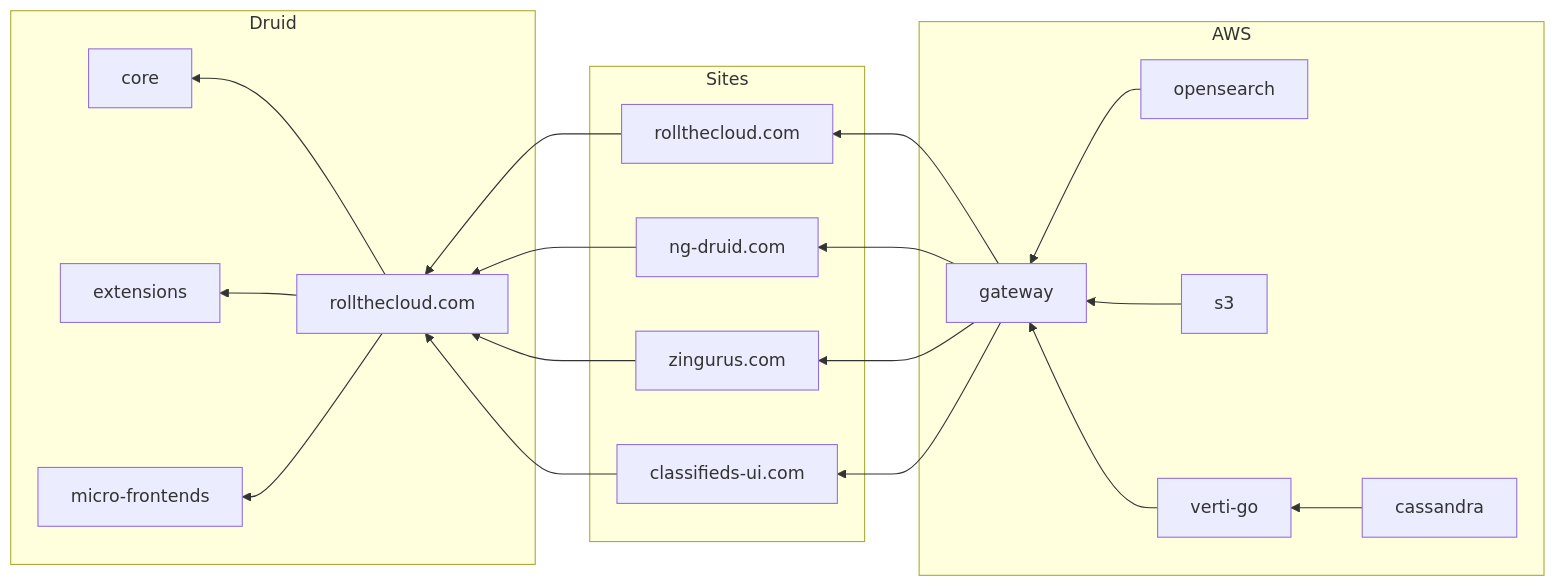
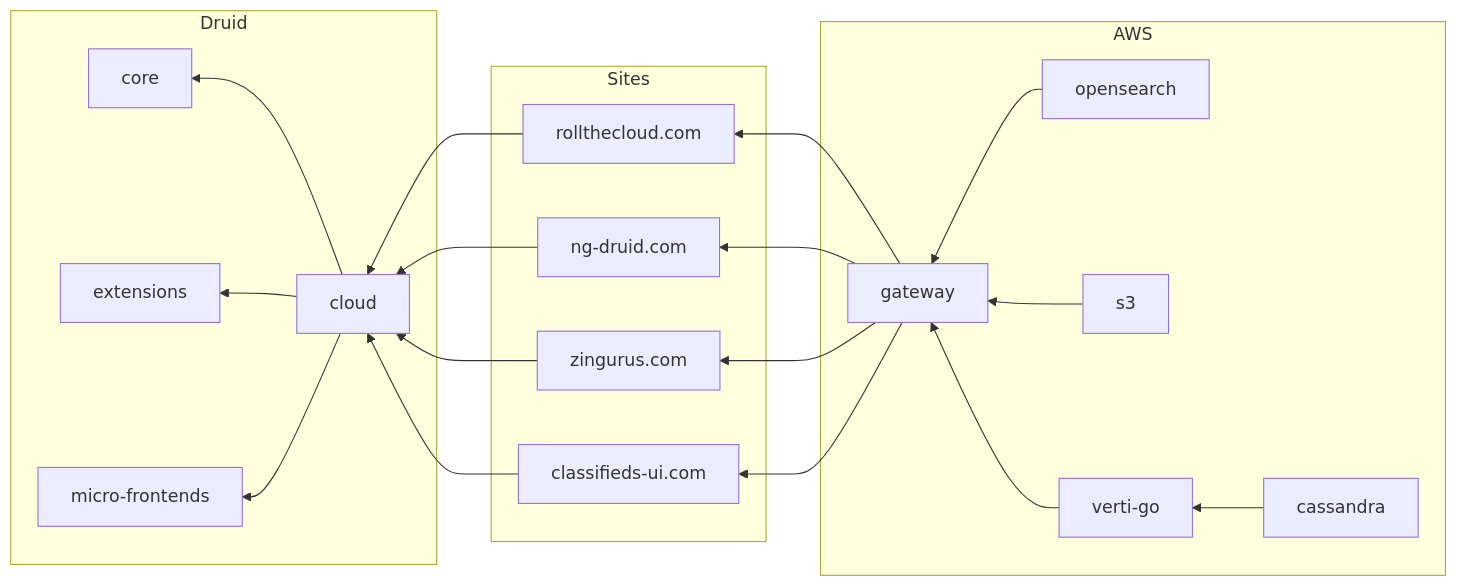
The diagram in architecture/ecosystem/README.md (rollthecloudinc/quell), drawn with Mermaid before and after one commit.

````diff
--- a/architecture/ecosystem/README.md
+++ b/architecture/ecosystem/README.md
@@ -5,27 +5,27 @@
 ```mermaid
 flowchart RL
 subgraph Druid
 core
 extensions
 micro-frontends
-rollthecloud[rollthecloud.com]-->core
-rollthecloud-->extensions
-rollthecloud-->micro-frontends
+cloud-->core
+cloud-->extensions
+cloud-->micro-frontends
 end
 subgraph Sites
-dcloud[rollthecloud.com]-->rollthecloud
-druid2[ng-druid.com]-->rollthecloud
-zingurus[zingurus.com]-->rollthecloud
-classifieds-ui[classifieds-ui.com]-->rollthecloud
+dcloud[rollthecloud.com]-->cloud
+druid2[ng-druid.com]-->cloud
+zingurus[zingurus.com]-->cloud
+classifieds-ui[classifieds-ui.com]-->cloud
 end
 subgraph AWS
 gateway-->dcloud
 gateway-->druid2
 gateway-->zingurus
 gateway-->classifieds-ui
 opensearch-->gateway
 s3-->gateway
 verti-go-->gateway
 cassandra-->verti-go
 end
 ```
````
